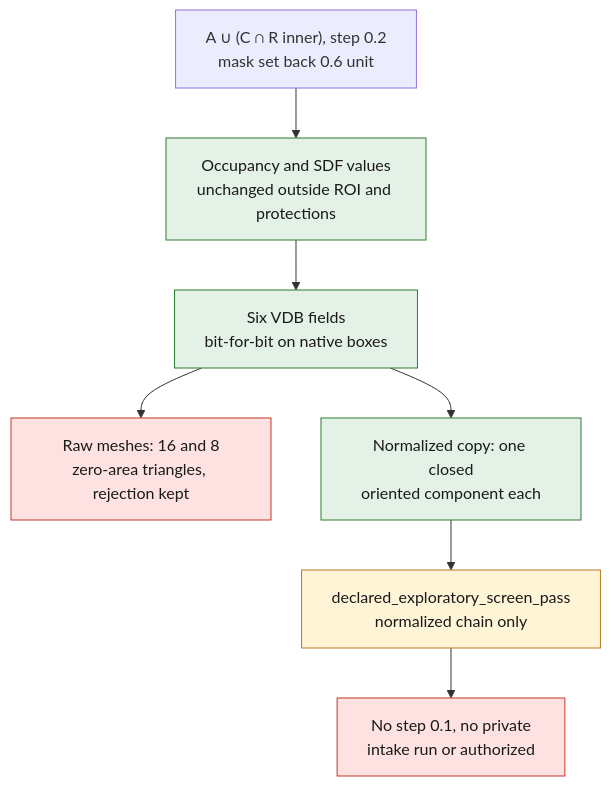
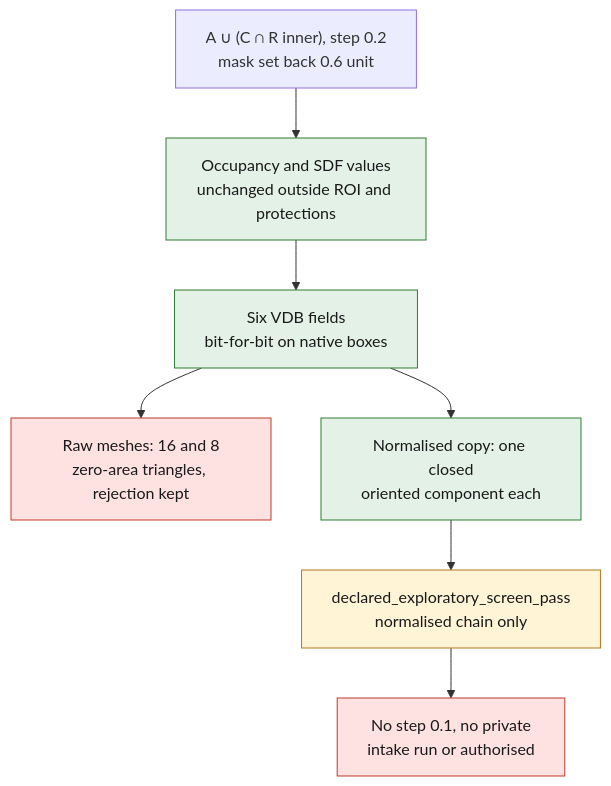
One commit to cluster2600/porscheparts changed the diagram in twins/m64-cylinder-head/source/picogk-local-junction-buffered/README.md. Above: the diagram before and after it, drawn with Mermaid. The commit also changed other lines of this file and 480 other files, not shown here.

````diff
--- a/twins/m64-cylinder-head/source/picogk-local-junction-buffered/README.md
+++ b/twins/m64-cylinder-head/source/picogk-local-junction-buffered/README.md
@@ -60,12 +60,12 @@
 ```mermaid
 flowchart TD
     A["A ∪ (C ∩ R inner), step 0.2<br/>mask set back 0.6 unit"] --> B["Occupancy and SDF values<br/>unchanged outside ROI and protections"]:::ok
     B --> C["Six VDB fields<br/>bit-for-bit on native boxes"]:::ok
     C --> D["Raw meshes: 16 and 8<br/>zero-area triangles, rejection kept"]:::stop
-    C --> E["Normalized copy: one closed<br/>oriented component each"]:::ok
-    E --> F["declared_exploratory_screen_pass<br/>normalized chain only"]:::open
-    F --> G["No step 0.1, no private<br/>intake run or authorized"]:::stop
+    C --> E["Normalised copy: one closed<br/>oriented component each"]:::ok
+    E --> F["declared_exploratory_screen_pass<br/>normalised chain only"]:::open
+    F --> G["No step 0.1, no private<br/>intake run or authorised"]:::stop
     classDef stop fill:#fde2e1,stroke:#c0392b,color:#1a1a1a;
     classDef ok fill:#e3f1e6,stroke:#2e7d32,color:#1a1a1a;
     classDef open fill:#fff4d6,stroke:#b7791f,color:#1a1a1a;
 ```
````
